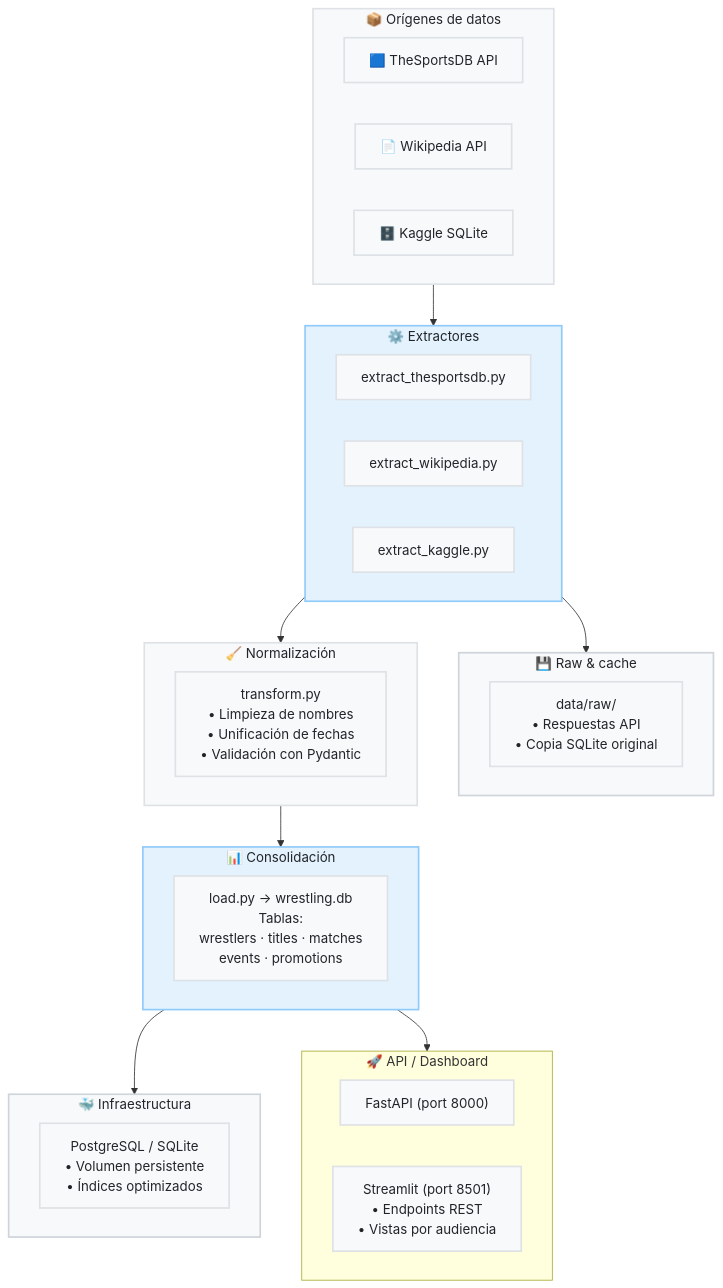
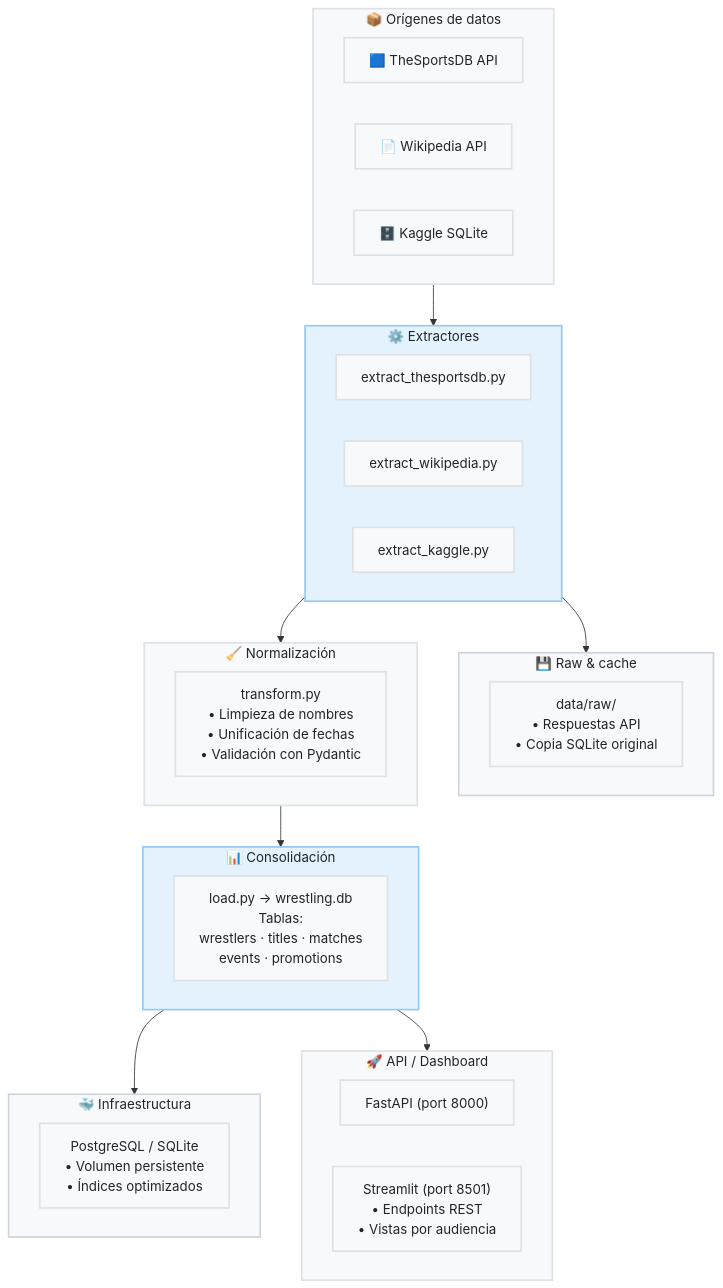
Before and after one commit to MauricioTapia84/Buscador-WWE: the diagram in wrestling-pipeline/docs/.md/informe_final.md, drawn with Mermaid. The commit also changed other lines of this file and 4 other files, not shown here.

````diff
--- a/wrestling-pipeline/docs/.md/informe_final.md
+++ b/wrestling-pipeline/docs/.md/informe_final.md
@@ -31,55 +49,55 @@
 ```mermaid
 flowchart TB
     subgraph Orígenes["📦 Orígenes de datos"]
         TSDB["🟦 TheSportsDB API"]
         WIKI["📄 Wikipedia API"]
         KAGGLE["🗄️ Kaggle SQLite"]
     end
 
     subgraph Extractores["⚙️ Extractores"]
         EX1["extract_thesportsdb.py"]
         EX2["extract_wikipedia.py"]
         EX3["extract_kaggle.py"]
     end
 
     subgraph Cache["💾 Raw & cache"]
         RAW["data/raw/<br>• Respuestas API<br>• Copia SQLite original"]
     end
 
     subgraph Normalizacion["🧹 Normalización"]
         TRANS["transform.py<br>• Limpieza de nombres<br>• Unificación de fechas<br>• Validación con Pydantic"]
     end
 
     subgraph Consolidacion["📊 Consolidación"]
         LOAD["load.py → wrestling.db<br>Tablas:<br>wrestlers · titles · matches<br>events · promotions"]
     end
 
     subgraph Infra["🐳 Infraestructura"]
         DB["PostgreSQL / SQLite<br>• Volumen persistente<br>• Índices optimizados"]
     end
 
     subgraph API["🚀 API / Dashboard"]
         FAST["FastAPI (port 8000)"]
         STREAMLIT["Streamlit (port 8501)<br>• Endpoints REST<br>• Vistas por audiencia"]
     end
 
     Orígenes --> Extractores
     Extractores --> Cache
     Extractores --> Normalizacion
     Normalizacion --> Consolidacion
     Consolidacion --> Infra
     Consolidacion --> API
 
     %% Estilos
     classDef default fill:#f8f9fa,stroke:#dee2e6,stroke-width:2px,color:#212529
     classDef highlight fill:#e3f2fd,stroke:#90caf9,stroke-width:2px,color:#212529
     classDef dark fill:#f8f9fa,stroke:#ced4da,stroke-width:2px,color:#212529
 
     class Orígenes default
     class Extractores highlight
     class Cache dark
     class Normalizacion default
     class Consolidacion highlight
     class Infra dark
-    class API defaul
+    class API default
 ```
````
